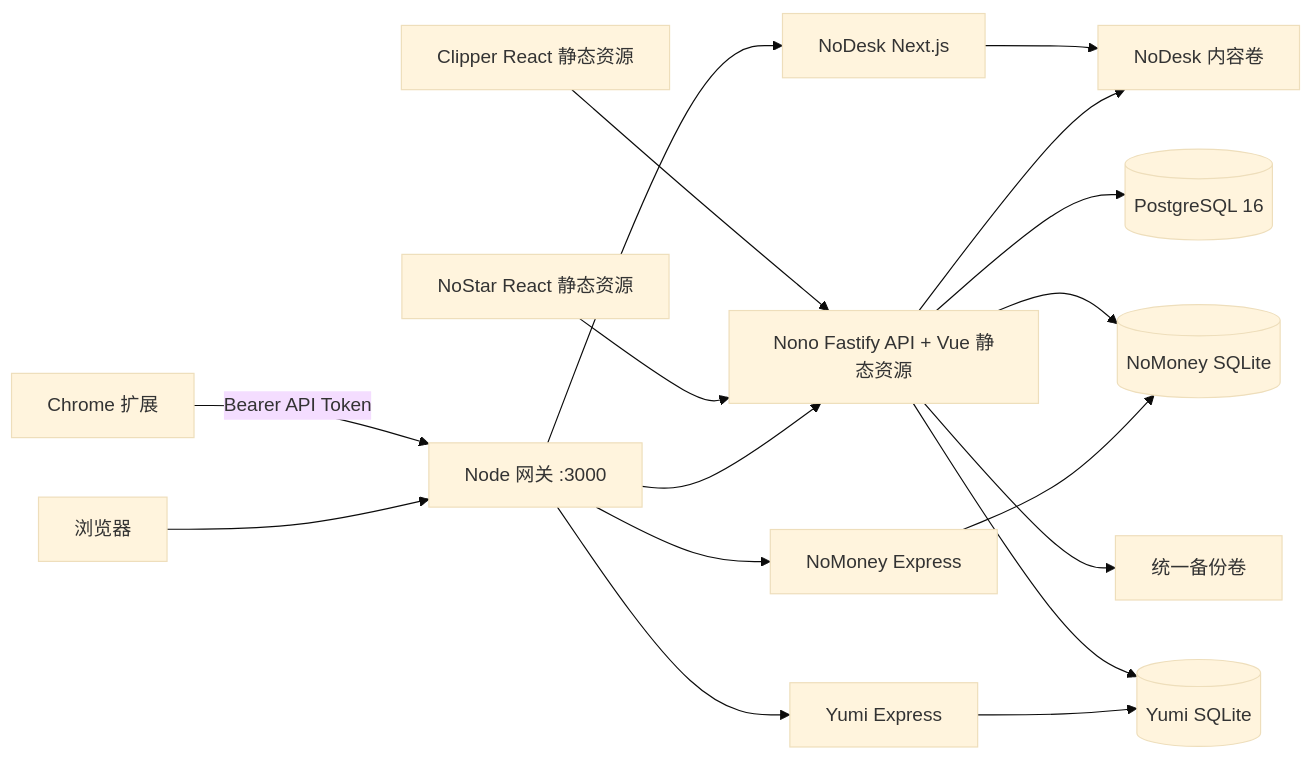
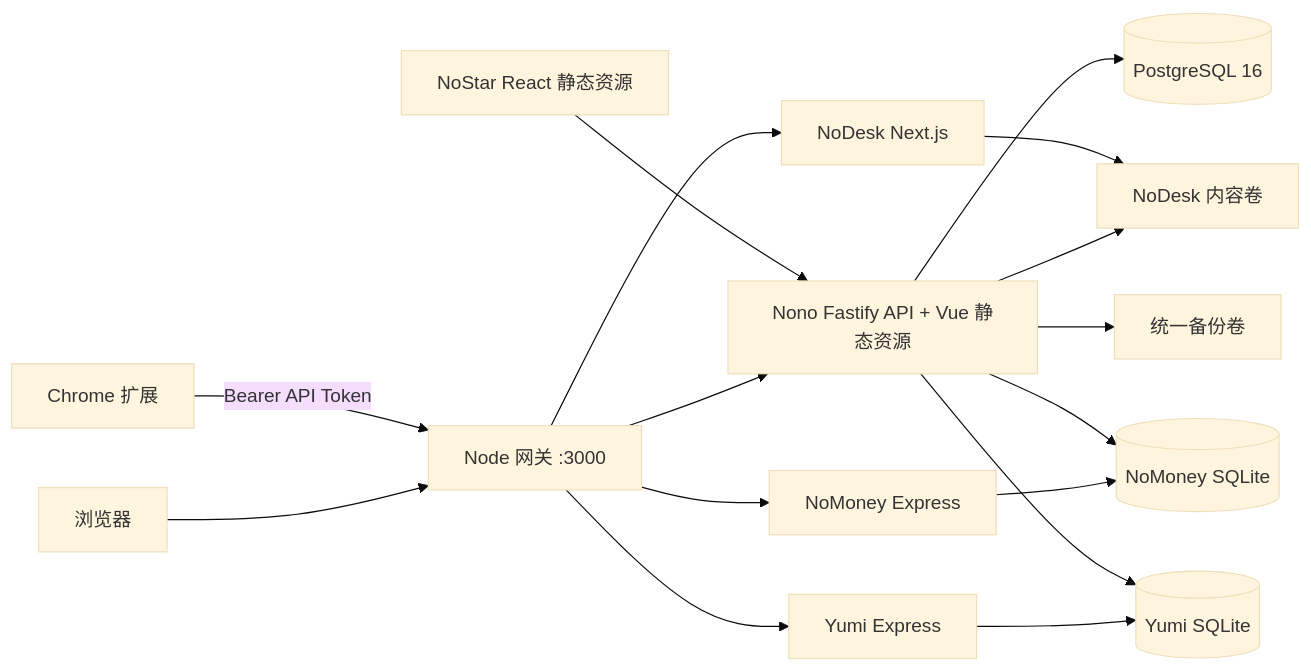
Before and after one commit to noaul/nono: the diagram in README.md, drawn with Mermaid (base theme). The commit also changed other lines of this file and 149 other files, not shown here.

````diff
--- a/README.md
+++ b/README.md
@@ -139,22 +117,21 @@
 ```mermaid
 flowchart LR
     U["浏览器"] --> G["Node 网关 :3000"]
     E["Chrome 扩展"] -->|"Bearer API Token"| G
 
     G --> N["Nono Fastify API + Vue 静态资源"]
     G --> D["NoDesk Next.js"]
     G --> M["NoMoney Express"]
     G --> Y["Yumi Express"]
 
     N --> P[("PostgreSQL 16")]
     N --> C["NoDesk 内容卷"]
     N --> B["统一备份卷"]
     D --> C
     M --> MS[("NoMoney SQLite")]
     Y --> YS[("Yumi SQLite")]
     N --> MS
     N --> YS
 
     NS["NoStar React 静态资源"] --> N
-    CL["Clipper React 静态资源"] --> N
 ```
````
